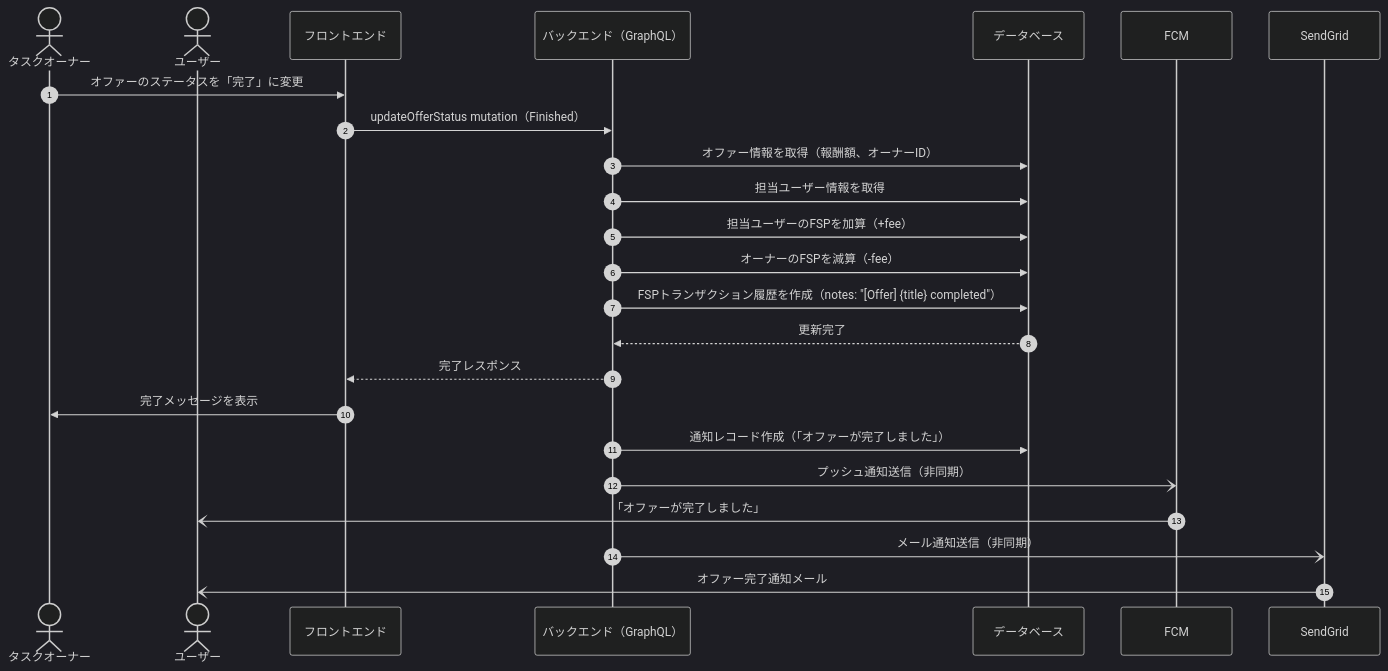
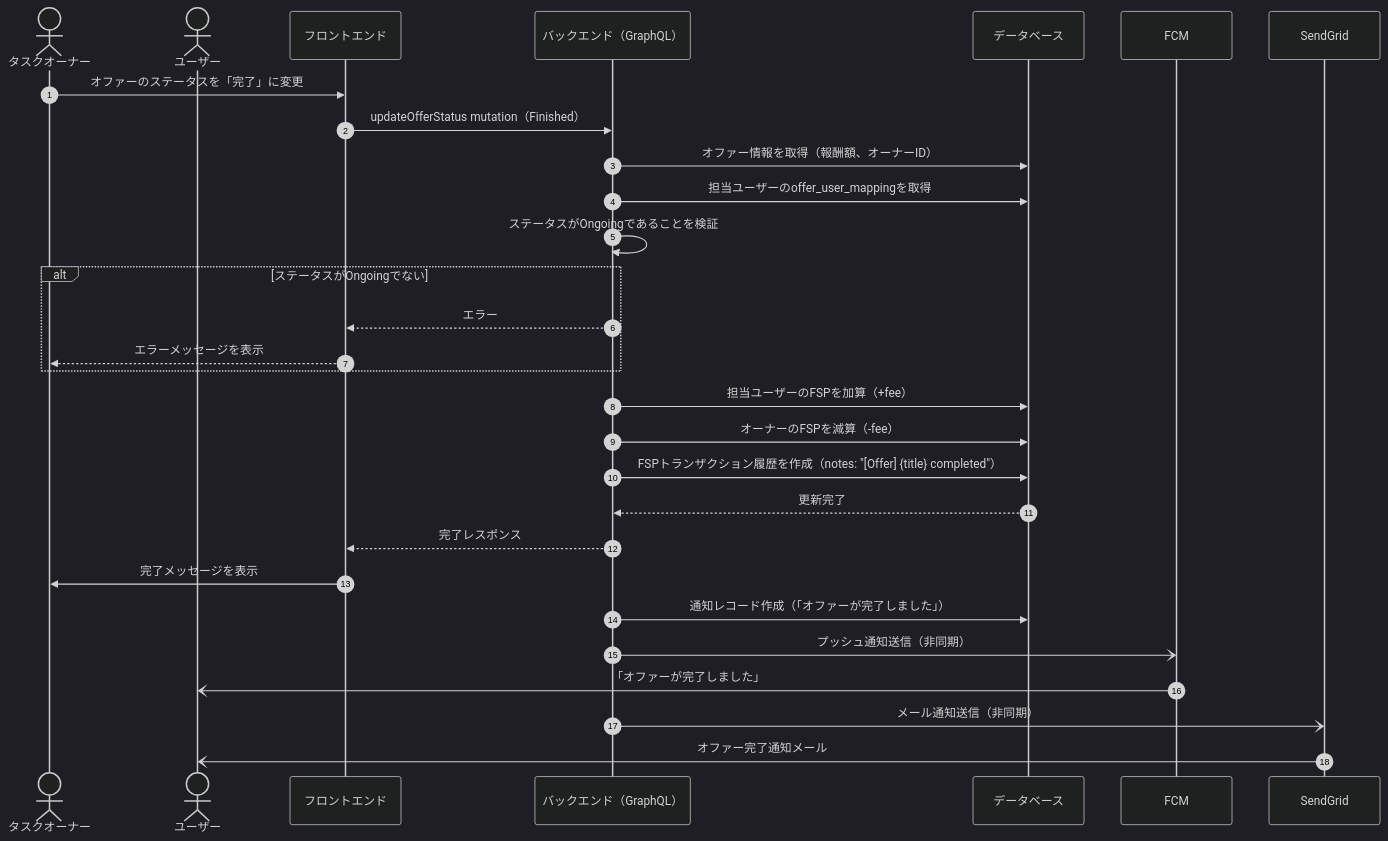
The tenth of 13 diagrams in docs/sequence-diagrams.md (sc-hosokawa/frienda), drawn with Mermaid (dark theme) before and after one commit.

Commit message:
docs: タスクマッチング完了時にOngoingステータス検証を追加
change_status_usecase.rsのcompleteメソッドで
offer_user_mapping.status != OfferStatus::Ongoing の場合に
エラーを返す前提条件チェックが実装されているため、
シーケンス図に検証ステップとエラー分岐を追加。

````diff
--- a/docs/sequence-diagrams.md
+++ b/docs/sequence-diagrams.md
@@ -446,34 +446,39 @@
 ```mermaid
 sequenceDiagram
     autonumber
 
     actor オーナー as タスクオーナー
     actor ユーザー
     participant フロントエンド
     participant バックエンド as バックエンド（GraphQL）
     participant データベース
     participant FCM
     participant SendGrid
 
     オーナー->>フロントエンド: オファーのステータスを「完了」に変更
     フロントエンド->>バックエンド: updateOfferStatus mutation（Finished）
 
     バックエンド->>データベース: オファー情報を取得（報酬額、オーナーID）
-    バックエンド->>データベース: 担当ユーザー情報を取得
+    バックエンド->>データベース: 担当ユーザーのoffer_user_mappingを取得
+    バックエンド->>バックエンド: ステータスがOngoingであることを検証
+    alt ステータスがOngoingでない
+        バックエンド-->>フロントエンド: エラー
+        フロントエンド-->>オーナー: エラーメッセージを表示
+    end
 
     %% ポイント移転
     バックエンド->>データベース: 担当ユーザーのFSPを加算（+fee）
     バックエンド->>データベース: オーナーのFSPを減算（-fee）
     バックエンド->>データベース: FSPトランザクション履歴を作成（notes: "[Offer] {title} completed"）
     データベース-->>バックエンド: 更新完了
 
     バックエンド-->>フロントエンド: 完了レスポンス
     フロントエンド->>オーナー: 完了メッセージを表示
 
     %% 通知（担当ユーザーへ）
     バックエンド->>データベース: 通知レコード作成（「オファーが完了しました」）
     バックエンド-)FCM: プッシュ通知送信（非同期）
     FCM-)ユーザー: 「オファーが完了しました」
     バックエンド-)SendGrid: メール通知送信（非同期）
     SendGrid-)ユーザー: オファー完了通知メール
 ```
````
